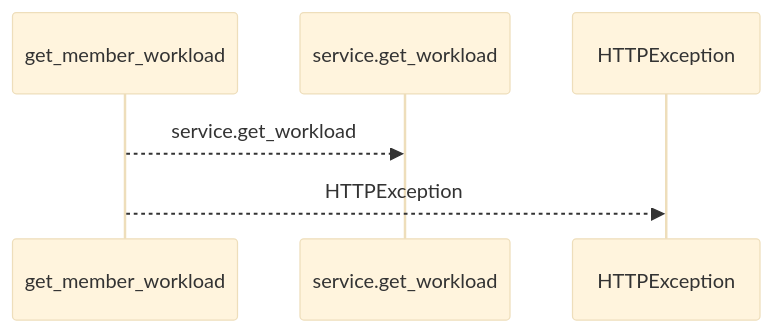
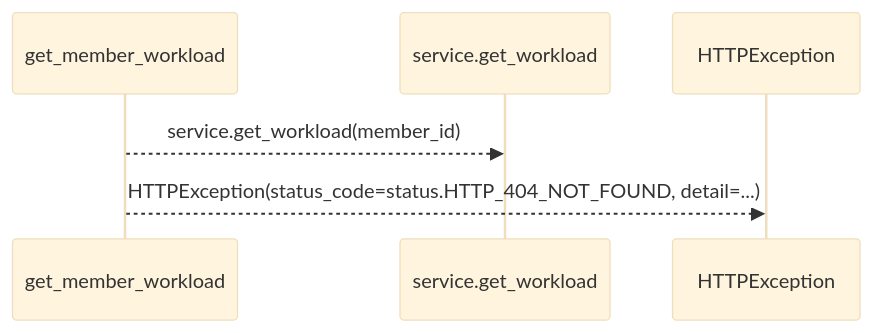
Before and after one commit to Denissvgn/WorkChord: the first of 2 diagrams in docs/llm_wiki/flows/http-get_member_workload.md, drawn with Mermaid (base theme). The commit also changed other lines of this file and 25171 other files, not shown here.

````diff
--- a/docs/llm_wiki/flows/http-get_member_workload.md
+++ b/docs/llm_wiki/flows/http-get_member_workload.md
@@ -10,8 +12,8 @@
 ```mermaid
 sequenceDiagram
     participant p0 as get_member_workload
     participant p1 as service.get_workload
     participant p2 as HTTPException
-    p0-->>p1: service.get_workload
-    p0-->>p2: HTTPException
+    p0-->>p1: service.get_workload(member_id)
+    p0-->>p2: HTTPException(status_code=status.HTTP_404_NOT_FOUND, detail=...)
 ```
````
